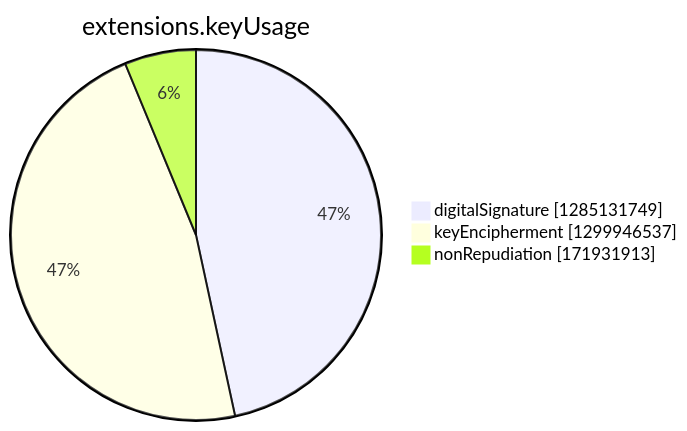
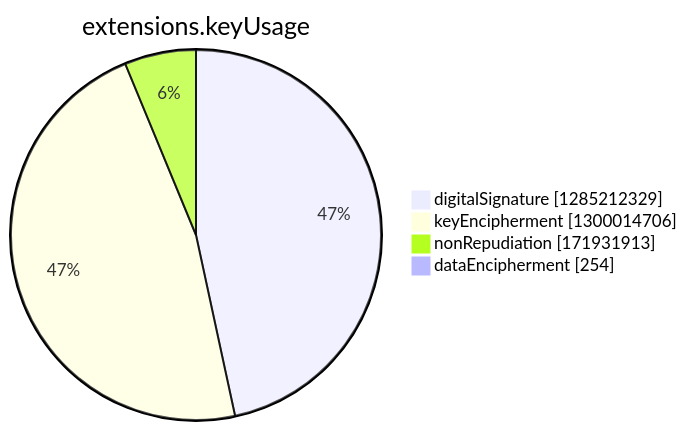
Before and after one commit to christiankrug/ctmonitor_visualization: the seventh of 15 diagrams in argon2022/README.md, drawn with Mermaid. The commit also changed other lines of this file, not shown here.

````diff
--- a/argon2022/README.md
+++ b/argon2022/README.md
@@ -2748,7 +2748,8 @@
 ```mermaid
 pie showData
 title extensions.keyUsage
-"digitalSignature" :1285131749
-"keyEncipherment" :1299946537
+"digitalSignature" :1285212329
+"keyEncipherment" :1300014706
 "nonRepudiation" :171931913
+"dataEncipherment" :254
 ```
````
